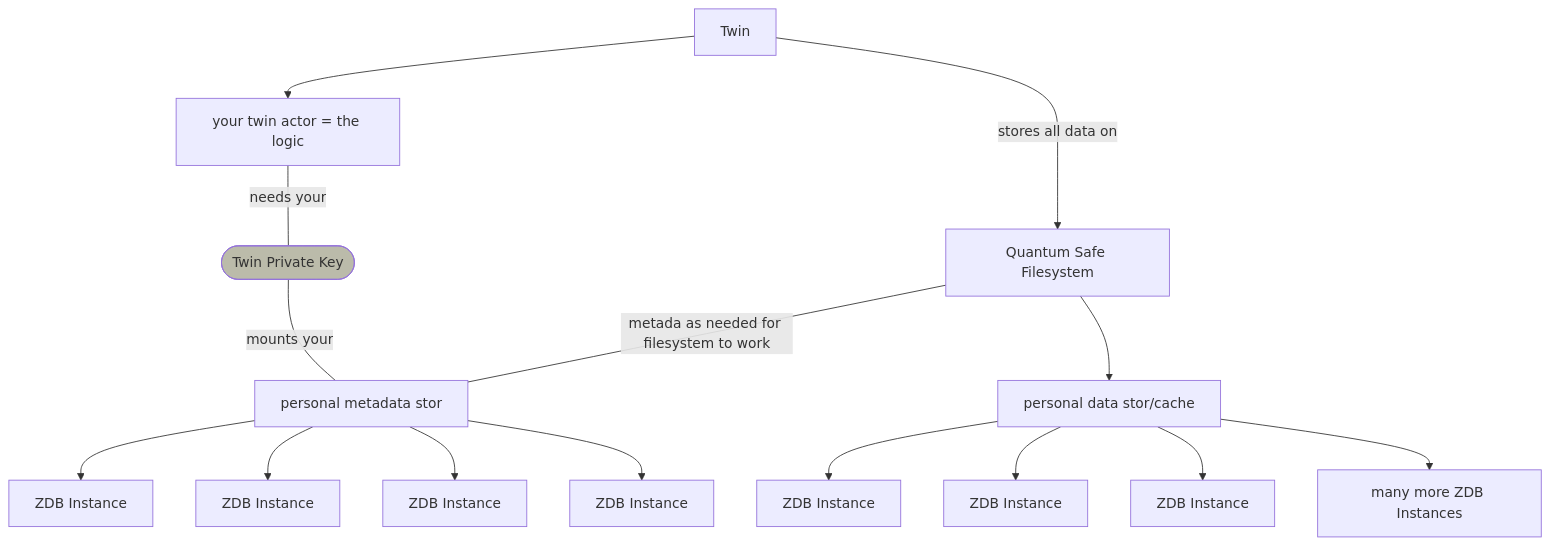
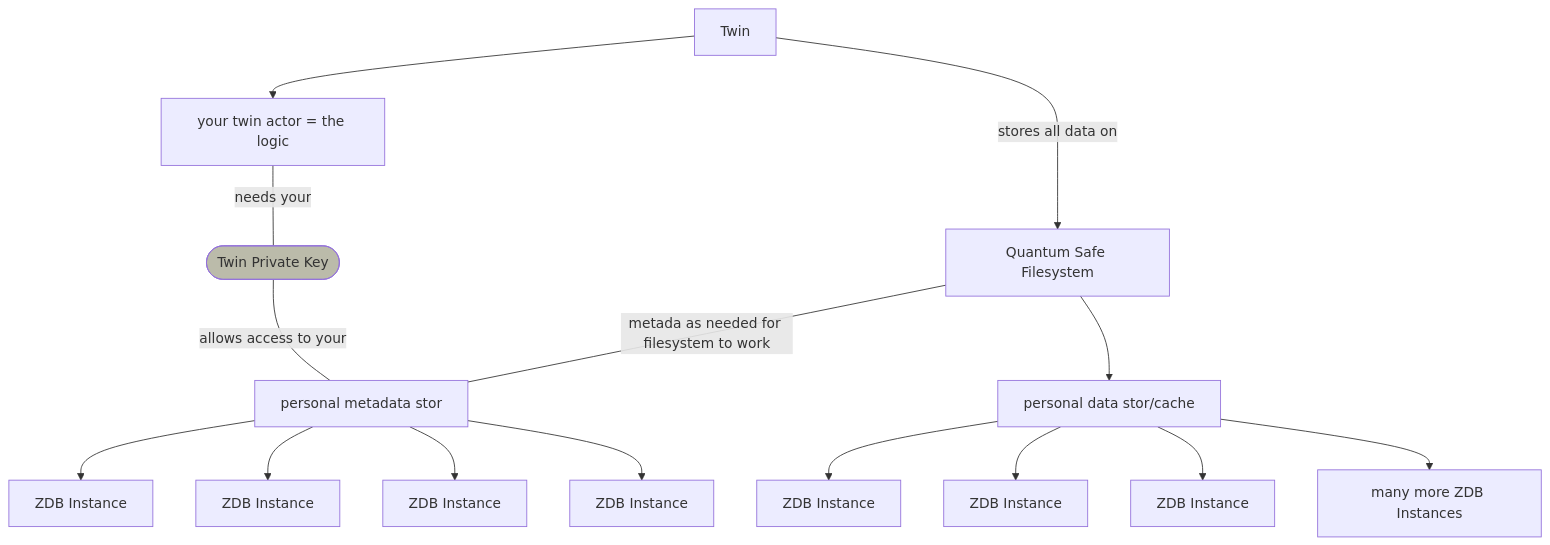
One commit to threefoldfoundation/info_digitalself changed the diagram in src/development/architecture/architecture_twin_qfs.md. Above: the diagram before and after it, drawn with Mermaid. The commit also changed 18 other files, not shown here.

````diff
--- a/src/development/architecture/architecture_twin_qfs.md
+++ b/src/development/architecture/architecture_twin_qfs.md
@@ -3,19 +3,19 @@
 ```mermaid
 graph TB
 
     QSFS --metada as needed for filesystem to work--- META_STOR[personal metadata stor]
     Twin --> logic[your twin actor = the logic]
     logic --needs your--- key([Twin Private Key])
         style key fill:#bba
-    key --mounts your---META_STOR
+    key --allows access to your---META_STOR
     Twin --stores all data on--> QSFS[Quantum Safe Filesystem]
     QSFS --> ZDB_LOCAL[personal data stor/cache]    
     ZDB_LOCAL --> ZDB1[ZDB Instance]
     ZDB_LOCAL --> ZDB2[ZDB Instance]
     ZDB_LOCAL --> ZDB3[ZDB Instance]
     ZDB_LOCAL --> ZDB...[many more ZDB Instances]
     META_STOR --> ZDB10[ZDB Instance]
     META_STOR --> ZDB11[ZDB Instance]
     META_STOR --> ZDB12[ZDB Instance]
     META_STOR --> ZDB13[ZDB Instance]  
 ```
````
